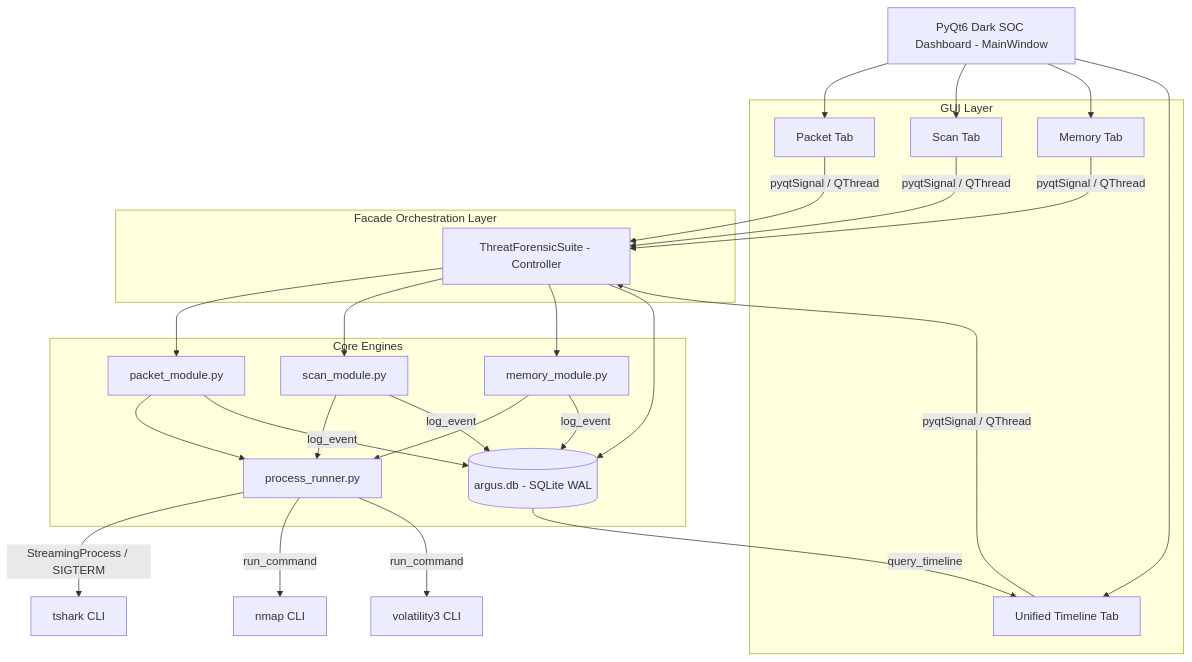
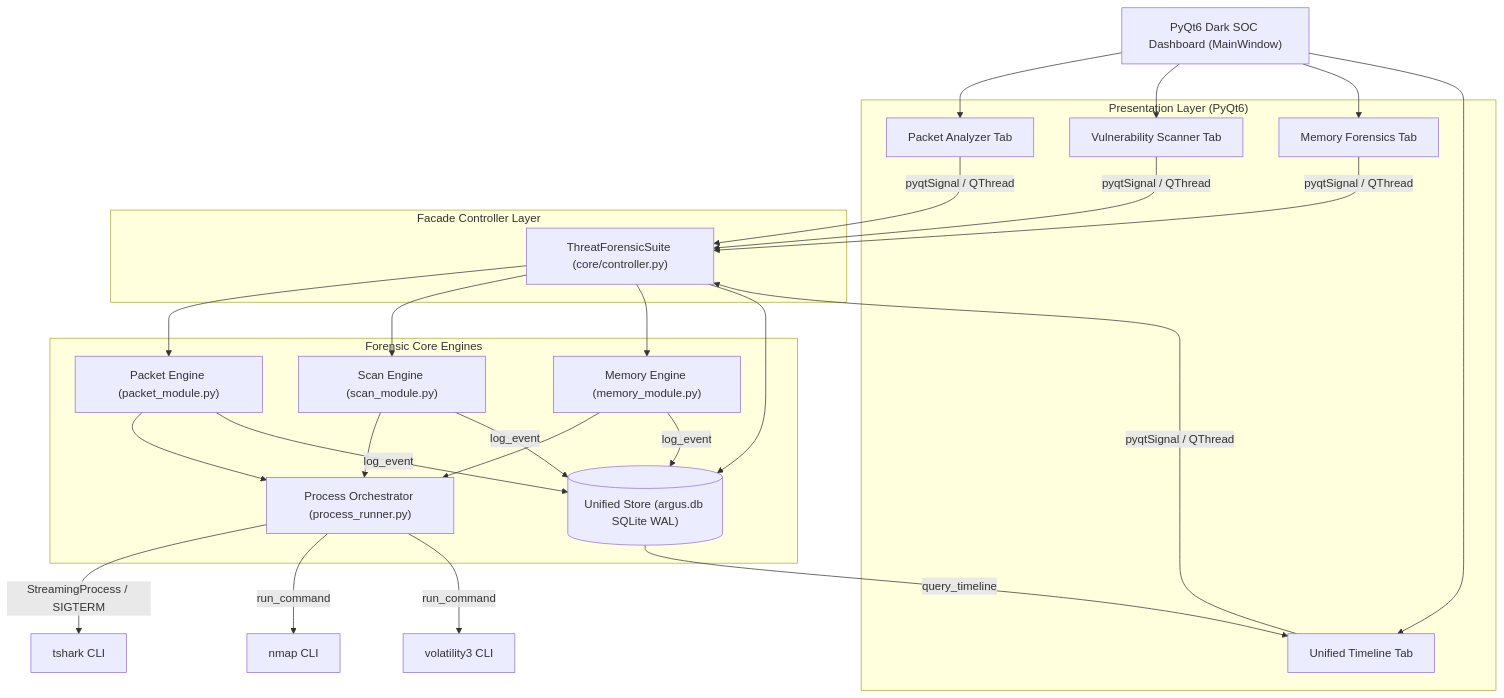
Before and after one commit to MuhammadInshal231/argus-forensic-suite: the diagram in README.md, drawn with Mermaid. The commit also changed other lines of this file and 1 other file, not shown here.

````diff
--- a/README.md
+++ b/README.md
@@ -32,47 +33,47 @@
 ```mermaid
 graph TD
-    UI[PyQt6 Dark SOC Dashboard - MainWindow]
+    UI["PyQt6 Dark SOC Dashboard (MainWindow)"]
     
-    subgraph GUI Layer
-        T1[Packet Tab]
-        T2[Scan Tab]
-        T3[Memory Tab]
-        T4[Unified Timeline Tab]
+    subgraph "Presentation Layer (PyQt6)"
+        T1["Packet Analyzer Tab"]
+        T2["Vulnerability Scanner Tab"]
+        T3["Memory Forensics Tab"]
+        T4["Unified Timeline Tab"]
     end
 
     UI --> T1
     UI --> T2
     UI --> T3
     UI --> T4
 
-    subgraph Facade Orchestration Layer
-        CTRL[ThreatForensicSuite - Controller]
+    subgraph "Facade Controller Layer"
+        CTRL["ThreatForensicSuite (core/controller.py)"]
     end
 
     T1 -->|pyqtSignal / QThread| CTRL
     T2 -->|pyqtSignal / QThread| CTRL
     T3 -->|pyqtSignal / QThread| CTRL
     T4 -->|pyqtSignal / QThread| CTRL
 
-    subgraph Core Engines
-        PM[packet_module.py]
-        SM[scan_module.py]
-        MM[memory_module.py]
-        PR[process_runner.py]
-        DB[(argus.db - SQLite WAL)]
+    subgraph "Forensic Core Engines"
+        PM["Packet Engine (packet_module.py)"]
+        SM["Scan Engine (scan_module.py)"]
+        MM["Memory Engine (memory_module.py)"]
+        PR["Process Orchestrator (process_runner.py)"]
+        DB[("Unified Store (argus.db SQLite WAL)")]
     end
 
     CTRL --> PM
     CTRL --> SM
     CTRL --> MM
     CTRL --> DB
 
-    PM --> PR -->|StreamingProcess / SIGTERM| TSHARK[tshark CLI]
-    SM --> PR -->|run_command| NMAP[nmap CLI]
-    MM --> PR -->|run_command| VOL3[volatility3 CLI]
+    PM --> PR -->|StreamingProcess / SIGTERM| TSHARK["tshark CLI"]
+    SM --> PR -->|run_command| NMAP["nmap CLI"]
+    MM --> PR -->|run_command| VOL3["volatility3 CLI"]
 
     PM -->|log_event| DB
     SM -->|log_event| DB
     MM -->|log_event| DB
     DB -->|query_timeline| T4
 ```
````
